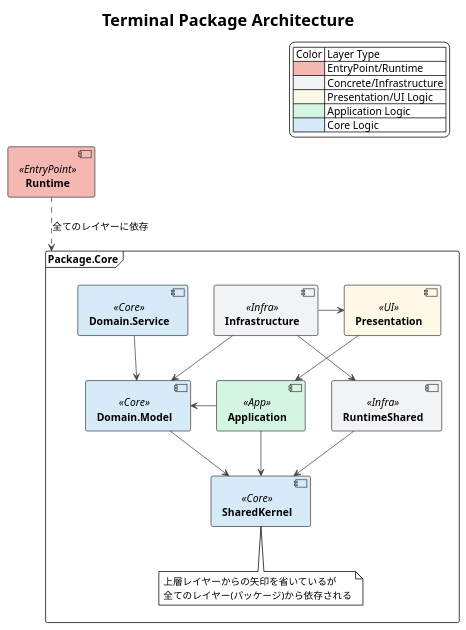
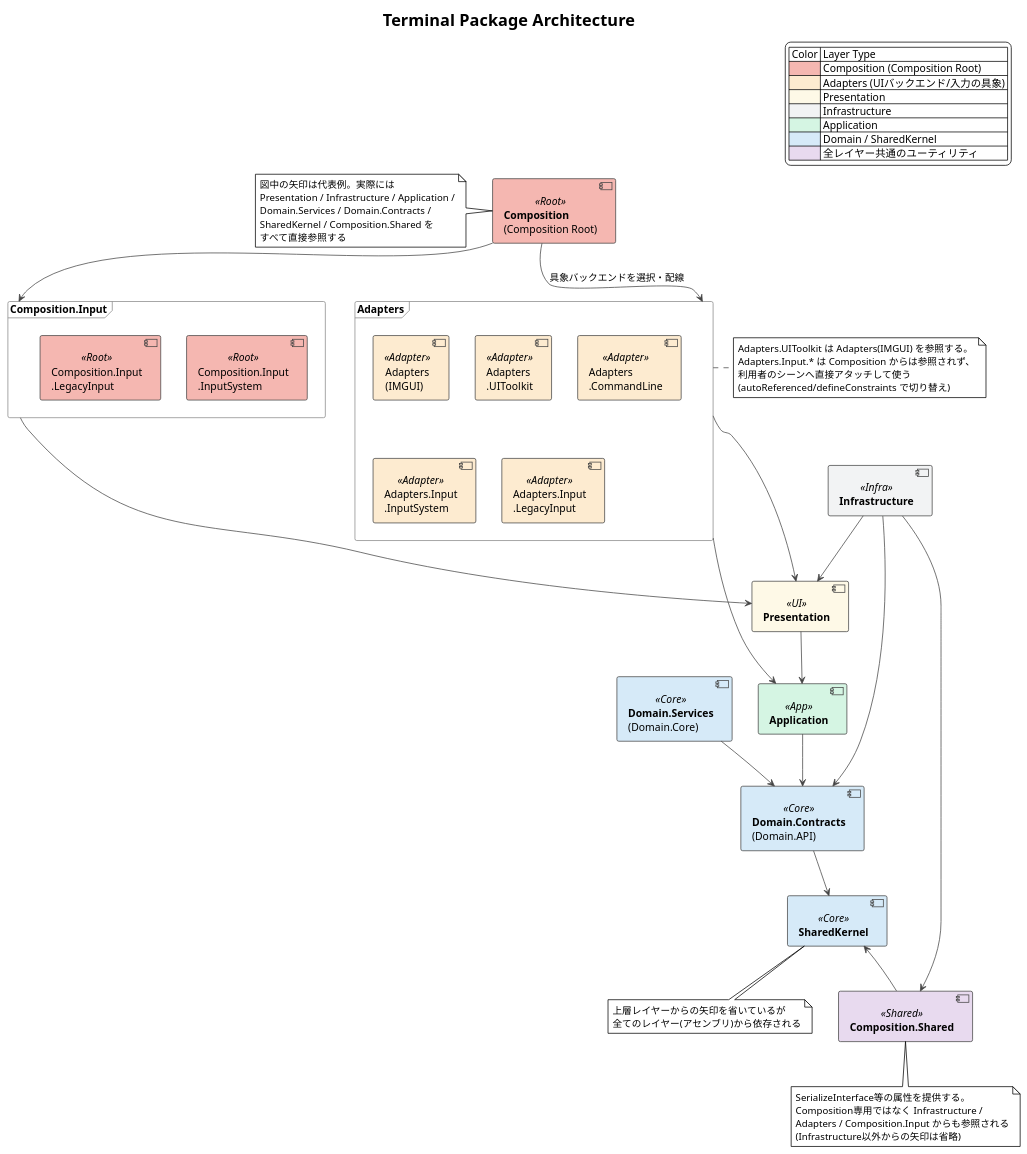
The diagram in docs/diagrams/Architecture/architecture.puml (YuukiReiya/YukimaruGames.Unity-Terminal), drawn with PlantUML before and after one commit. The commit also changed 3 other files, not shown here.

First line of the commit message:
docs: アーキテクチャ図を現在のasmdef構成へ更新し、レイヤー概観図を追加

```diff
--- a/docs/diagrams/Architecture/architecture.puml
+++ b/docs/diagrams/Architecture/architecture.puml
@@ -1,65 +1,109 @@
 @startuml
 !theme plain
 title Terminal Package Architecture
 
 ' === Color Palette & Style ===
 skinparam component {
   ArrowColor #444444
   BorderColor #444444
-  BackgroundColor<<EntryPoint>> #F5B7B1
+  BackgroundColor<<Root>> #F5B7B1
+  BackgroundColor<<Adapter>> #FDEBD0
   BackgroundColor<<UI>> #FEF9E7
   BackgroundColor<<Infra>> #F2F3F4
   BackgroundColor<<App>> #D5F5E3
   BackgroundColor<<Core>> #D6EAF8
+  BackgroundColor<<Shared>> #E8DAEF
+}
+skinparam frame {
+  BorderColor #888888
 }
 
 ' === Legend ===
 legend top right
   | Color | Layer Type |
-  |<#F5B7B1>| EntryPoint/Runtime |
-  |<#F2F3F4>| Concrete/Infrastructure |
-  |<#FEF9E7>| Presentation/UI Logic |
-  |<#D5F5E3>| Application Logic |
-  |<#D6EAF8>| Core Logic |
+  |<#F5B7B1>| Composition (Composition Root) |
+  |<#FDEBD0>| Adapters (UIバックエンド/入力の具象) |
+  |<#FEF9E7>| Presentation |
+  |<#F2F3F4>| Infrastructure |
+  |<#D5F5E3>| Application |
+  |<#D6EAF8>| Domain / SharedKernel |
+  |<#E8DAEF>| 全レイヤー共通のユーティリティ |
 end legend
 
-' === Components (Layers) ===
-component "<b>Runtime</b>" as Runtime <<EntryPoint>>
-frame "<b>Package.Core</b>" as PackageCore{
-  component "<b>Infrastructure</b>" as Infrastructure <<Infra>>
-  component "<b>Presentation</b>" as Presentation <<UI>>
-  component "<b>RuntimeShared</b>" as RuntimeShared <<Infra>>
-  component "<b>Application</b>" as Application <<App>>
-  component "<b>Domain.Service</b>" as DomainService <<Core>>
-  component "<b>Domain.Model</b>" as DomainModel <<Core>>
-  component "<b>SharedKernel</b>" as SharedKernel <<Core>>
+' === Components (Assemblies) ===
+component "<b>Composition</b>\n(Composition Root)" as Composition <<Root>>
 
-  note bottom of SharedKernel
-  上層レイヤーからの矢印を省いているが
-  全てのレイヤー(パッケージ)から依存される
-  endnote
+frame "<b>Adapters</b>" as AdapterFrame {
+  component "Adapters\n(IMGUI)" as Adapters <<Adapter>>
+  component "Adapters\n.UIToolkit" as AdaptersUIToolkit <<Adapter>>
+  component "Adapters\n.CommandLine" as AdaptersCommandLine <<Adapter>>
+  component "Adapters.Input\n.InputSystem" as AdaptersInputSystem <<Adapter>>
+  component "Adapters.Input\n.LegacyInput" as AdaptersLegacyInput <<Adapter>>
 }
 
+frame "<b>Composition.Input</b>" as CompositionInputFrame {
+  component "Composition.Input\n.InputSystem" as CompositionInputSystem <<Root>>
+  component "Composition.Input\n.LegacyInput" as CompositionLegacyInput <<Root>>
+}
+
+component "<b>Presentation</b>" as Presentation <<UI>>
+component "<b>Infrastructure</b>" as Infrastructure <<Infra>>
+component "<b>Application</b>" as Application <<App>>
+component "<b>Domain.Services</b>\n(Domain.Core)" as DomainServices <<Core>>
+component "<b>Domain.Contracts</b>\n(Domain.API)" as DomainContracts <<Core>>
+component "<b>SharedKernel</b>" as SharedKernel <<Core>>
+component "<b>Composition.Shared</b>" as CompositionShared <<Shared>>
+
+note right of AdapterFrame
+  Adapters.UIToolkit は Adapters(IMGUI) を参照する。
+  Adapters.Input.* は Composition からは参照されず、
+  利用者のシーンへ直接アタッチして使う
+  (autoReferenced/defineConstraints で切り替え)
+end note
+
+note bottom of SharedKernel
+  上層レイヤーからの矢印を省いているが
+  全てのレイヤー(アセンブリ)から依存される
+end note
+
+note bottom of CompositionShared
+  SerializeInterface等の属性を提供する。
+  Composition専用ではなく Infrastructure /
+  Adapters / Composition.Input からも参照される
+  (Infrastructure以外からの矢印は省略)
+end note
+
+note left of Composition
+  図中の矢印は代表例。実際には
+  Presentation / Infrastructure / Application /
+  Domain.Services / Domain.Contracts /
+  SharedKernel / Composition.Shared を
+  すべて直接参照する
+end note
+
+' === Layout hints ===
+Composition -[hidden]down-> AdapterFrame
+AdapterFrame -[hidden]down-> Infrastructure
+DomainServices -[hidden]right-> DomainContracts
+SharedKernel -[hidden]right-> CompositionShared
+
 ' === Primary Relationships ===
-Runtime .down.> PackageCore:全てのレイヤーに依存
+Composition -down-> AdapterFrame : 具象バックエンドを選択・配線
+Composition -down-> CompositionInputFrame
 
-DomainService -[hidden]right-> Infrastructure
-Application -[hidden]right-> RuntimeShared
-Infrastructure -[hidden]down-> Application
-Presentation -[hidden]down-> RuntimeShared
+AdapterFrame -down-> Presentation
+AdapterFrame -down-> Application
+CompositionInputFrame -down-> Presentation
 
-DomainService -down->DomainModel
-Infrastructure -right-> Presentation
-
-Infrastructure -down-> RuntimeShared
-Infrastructure -down-> DomainModel
+Infrastructure -down-> Presentation
+Infrastructure -down-> DomainContracts
+Infrastructure -right-> CompositionShared
 
 Presentation -down-> Application
+Application -down-> DomainContracts
+DomainServices -down-> DomainContracts
 
-Application -left-> DomainModel
-
-Application -down-> SharedKernel
-DomainModel -down-> SharedKernel
-RuntimeShared -down-> SharedKernel
+DomainContracts -down-> SharedKernel
+CompositionShared -down-> SharedKernel
 
 @enduml
```
